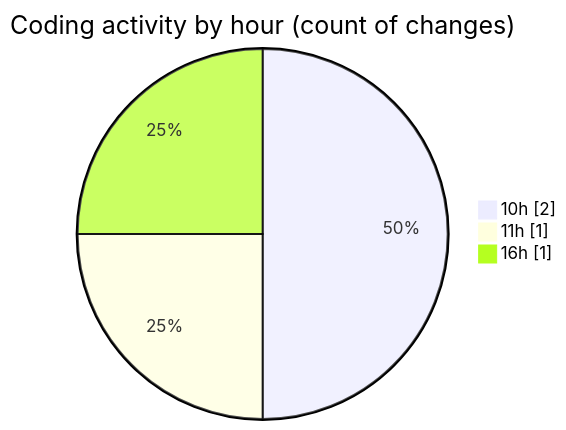
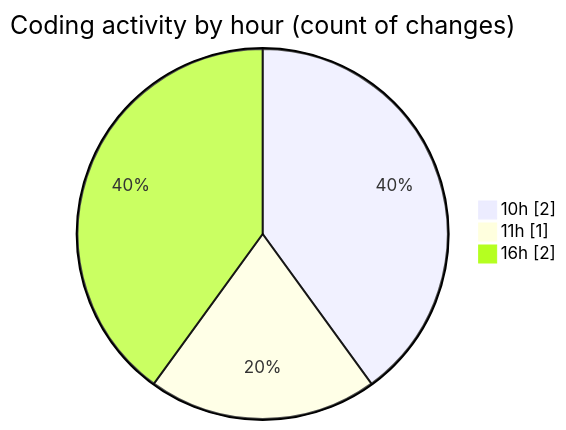
One commit to debugP/code-tracking changed the second of 2 diagrams in 2025-10-29/untitled__workspace_/README.md. Above: the diagram before and after it, drawn with Mermaid. The commit also changed other lines of this file and 1 other file, not shown here.

````diff
--- a/2025-10-29/untitled__workspace_/README.md
+++ b/2025-10-29/untitled__workspace_/README.md
@@ -30,7 +30,7 @@
 ```mermaid
 pie showData
 title Coding activity by hour (count of changes)
 "10h" : 2
 "11h" : 1
-"16h" : 1
+"16h" : 2
 ```
````
